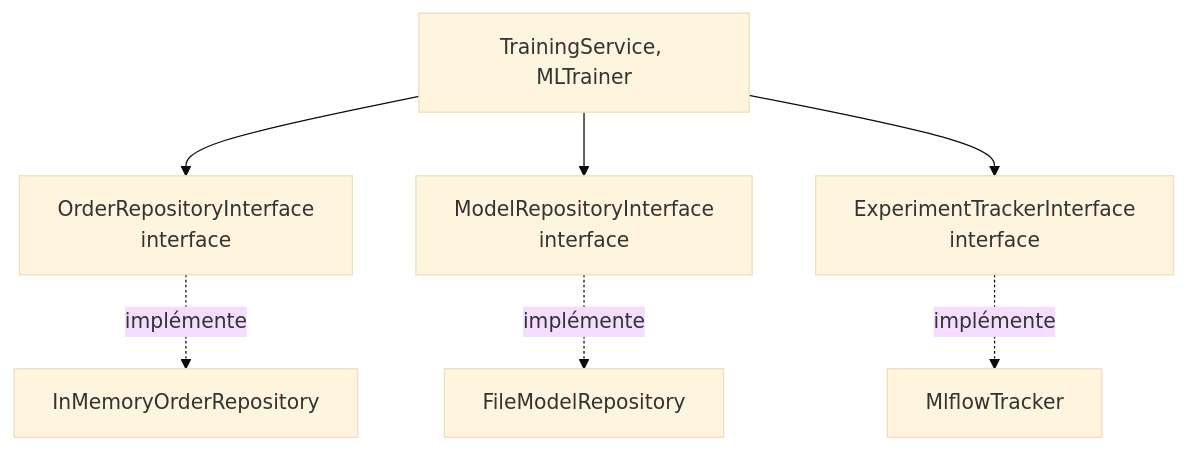
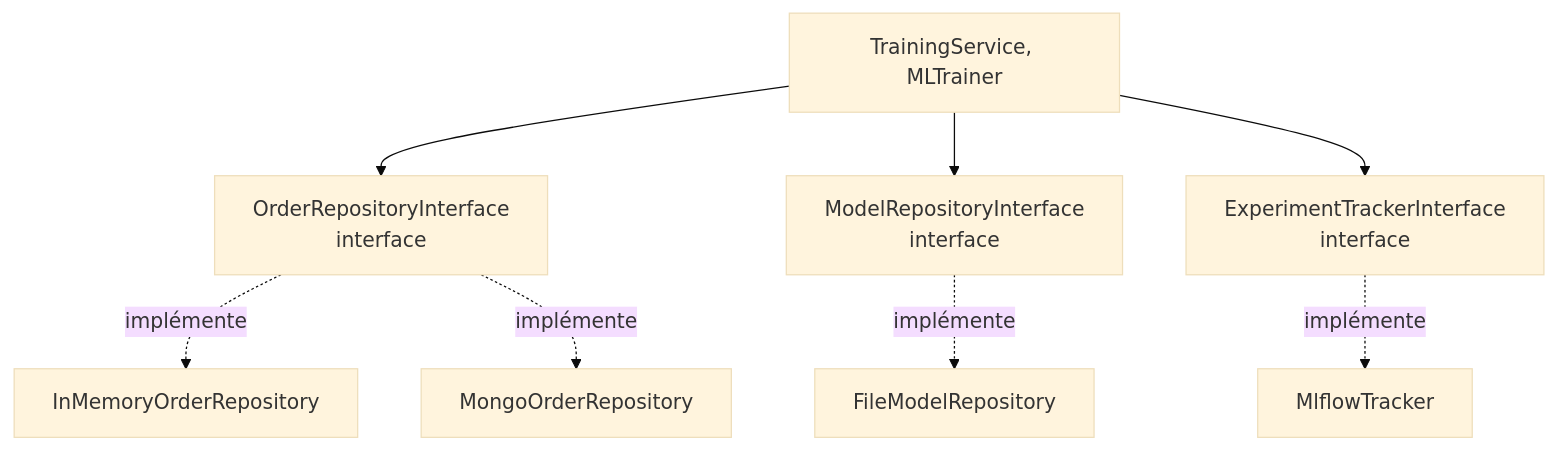
The sixth of 7 diagrams in ARCHITECTURE-livraison-express-lite.md (Golem953/eligibilite-livraison-express), drawn with Mermaid (base theme) before and after one commit. The commit also changed other lines of this file and 2 other files, not shown here.

First line of the commit message:
docs: ADR-0009 (source MongoDB de l'ERP) et mise à jour des ADR 0001 et 0006

````diff
--- a/ARCHITECTURE-livraison-express-lite.md
+++ b/ARCHITECTURE-livraison-express-lite.md
@@ -324,16 +324,18 @@
 ```mermaid
 flowchart TB
     APP[TrainingService, MLTrainer]
     OR[OrderRepositoryInterface<br/>interface]
     MR[ModelRepositoryInterface<br/>interface]
     ET[ExperimentTrackerInterface<br/>interface]
     IM[InMemoryOrderRepository]
+    MO[MongoOrderRepository]
     FM[FileModelRepository]
     MT[MlflowTracker]
     APP --> OR
     APP --> MR
     APP --> ET
     OR -. implémente .-> IM
+    OR -. implémente .-> MO
     MR -. implémente .-> FM
     ET -. implémente .-> MT
 ```
````
